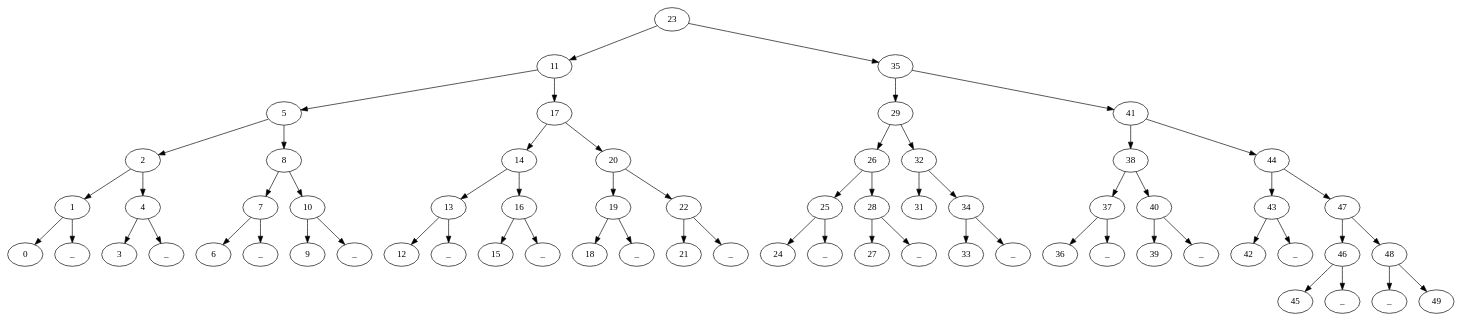
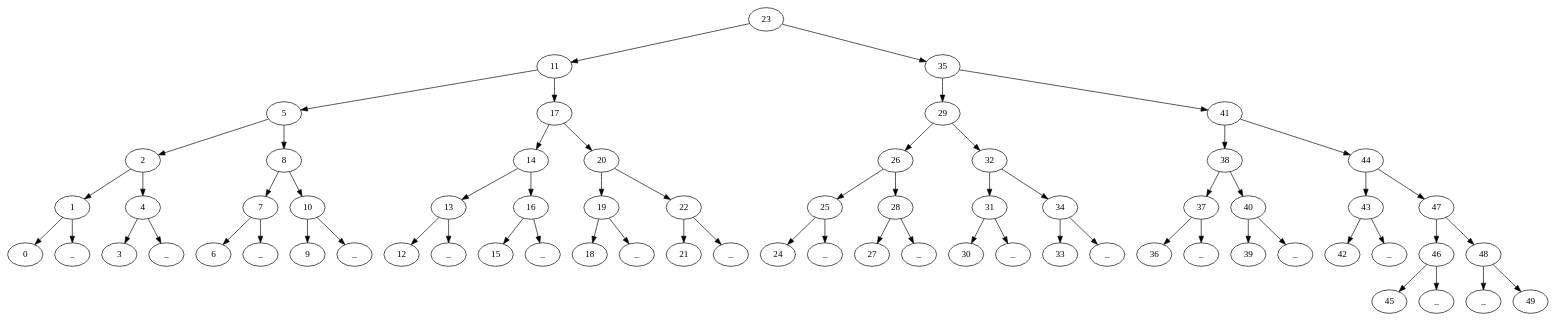
The diagram in java/ParteComun/ficheros/avl_tree.gv (migueltoro/ada_v2_18), drawn with Graphviz before and after one commit. The commit also changed 5 other files, not shown here.

```diff
--- a/java/ParteComun/ficheros/avl_tree.gv
+++ b/java/ParteComun/ficheros/avl_tree.gv
@@ -1,131 +1,135 @@
 strict digraph G {
   1 [ label="23" ];
   2 [ label="11" ];
   3 [ label="5" ];
   4 [ label="2" ];
   5 [ label="1" ];
   6 [ label="0" ];
   7 [ label="_" ];
   8 [ label="4" ];
   9 [ label="3" ];
   10 [ label="_" ];
   11 [ label="8" ];
   12 [ label="7" ];
   13 [ label="6" ];
   14 [ label="_" ];
   15 [ label="10" ];
   16 [ label="9" ];
   17 [ label="_" ];
   18 [ label="17" ];
   19 [ label="14" ];
   20 [ label="13" ];
   21 [ label="12" ];
   22 [ label="_" ];
   23 [ label="16" ];
   24 [ label="15" ];
   25 [ label="_" ];
   26 [ label="20" ];
   27 [ label="19" ];
   28 [ label="18" ];
   29 [ label="_" ];
   30 [ label="22" ];
   31 [ label="21" ];
   32 [ label="_" ];
   33 [ label="35" ];
   34 [ label="29" ];
   35 [ label="26" ];
   36 [ label="25" ];
   37 [ label="24" ];
   38 [ label="_" ];
   39 [ label="28" ];
   40 [ label="27" ];
   41 [ label="_" ];
   42 [ label="32" ];
   43 [ label="31" ];
-  44 [ label="34" ];
-  45 [ label="33" ];
-  46 [ label="_" ];
-  47 [ label="41" ];
-  48 [ label="38" ];
-  49 [ label="37" ];
-  50 [ label="36" ];
-  51 [ label="_" ];
-  52 [ label="40" ];
-  53 [ label="39" ];
-  54 [ label="_" ];
-  55 [ label="44" ];
-  56 [ label="43" ];
-  57 [ label="42" ];
-  58 [ label="_" ];
-  59 [ label="47" ];
-  60 [ label="46" ];
-  61 [ label="45" ];
-  62 [ label="_" ];
-  63 [ label="48" ];
+  44 [ label="30" ];
+  45 [ label="_" ];
+  46 [ label="34" ];
+  47 [ label="33" ];
+  48 [ label="_" ];
+  49 [ label="41" ];
+  50 [ label="38" ];
+  51 [ label="37" ];
+  52 [ label="36" ];
+  53 [ label="_" ];
+  54 [ label="40" ];
+  55 [ label="39" ];
+  56 [ label="_" ];
+  57 [ label="44" ];
+  58 [ label="43" ];
+  59 [ label="42" ];
+  60 [ label="_" ];
+  61 [ label="47" ];
+  62 [ label="46" ];
+  63 [ label="45" ];
   64 [ label="_" ];
-  65 [ label="49" ];
+  65 [ label="48" ];
+  66 [ label="_" ];
+  67 [ label="49" ];
   1 -> 2 [ ];
   1 -> 33 [ ];
   2 -> 3 [ ];
   2 -> 18 [ ];
   3 -> 4 [ ];
   3 -> 11 [ ];
   4 -> 5 [ ];
   4 -> 8 [ ];
   5 -> 6 [ ];
   5 -> 7 [ ];
   8 -> 9 [ ];
   8 -> 10 [ ];
   11 -> 12 [ ];
   11 -> 15 [ ];
   12 -> 13 [ ];
   12 -> 14 [ ];
   15 -> 16 [ ];
   15 -> 17 [ ];
   18 -> 19 [ ];
   18 -> 26 [ ];
   19 -> 20 [ ];
   19 -> 23 [ ];
   20 -> 21 [ ];
   20 -> 22 [ ];
   23 -> 24 [ ];
   23 -> 25 [ ];
   26 -> 27 [ ];
   26 -> 30 [ ];
   27 -> 28 [ ];
   27 -> 29 [ ];
   30 -> 31 [ ];
   30 -> 32 [ ];
   33 -> 34 [ ];
-  33 -> 47 [ ];
+  33 -> 49 [ ];
   34 -> 35 [ ];
   34 -> 42 [ ];
   35 -> 36 [ ];
   35 -> 39 [ ];
   36 -> 37 [ ];
   36 -> 38 [ ];
   39 -> 40 [ ];
   39 -> 41 [ ];
   42 -> 43 [ ];
-  42 -> 44 [ ];
-  44 -> 45 [ ];
-  44 -> 46 [ ];
-  47 -> 48 [ ];
-  47 -> 55 [ ];
-  48 -> 49 [ ];
-  48 -> 52 [ ];
+  42 -> 46 [ ];
+  43 -> 44 [ ];
+  43 -> 45 [ ];
+  46 -> 47 [ ];
+  46 -> 48 [ ];
   49 -> 50 [ ];
-  49 -> 51 [ ];
-  52 -> 53 [ ];
-  52 -> 54 [ ];
-  55 -> 56 [ ];
-  55 -> 59 [ ];
-  56 -> 57 [ ];
-  56 -> 58 [ ];
-  59 -> 60 [ ];
-  59 -> 63 [ ];
-  60 -> 61 [ ];
-  60 -> 62 [ ];
-  63 -> 64 [ ];
-  63 -> 65 [ ];
+  49 -> 57 [ ];
+  50 -> 51 [ ];
+  50 -> 54 [ ];
+  51 -> 52 [ ];
+  51 -> 53 [ ];
+  54 -> 55 [ ];
+  54 -> 56 [ ];
+  57 -> 58 [ ];
+  57 -> 61 [ ];
+  58 -> 59 [ ];
+  58 -> 60 [ ];
+  61 -> 62 [ ];
+  61 -> 65 [ ];
+  62 -> 63 [ ];
+  62 -> 64 [ ];
+  65 -> 66 [ ];
+  65 -> 67 [ ];
 }
```
